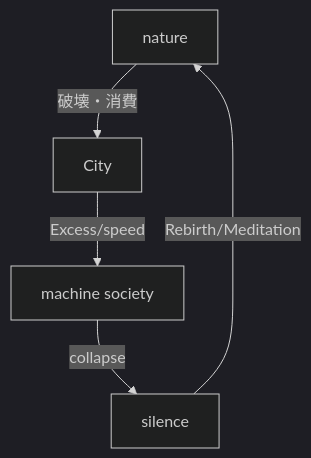
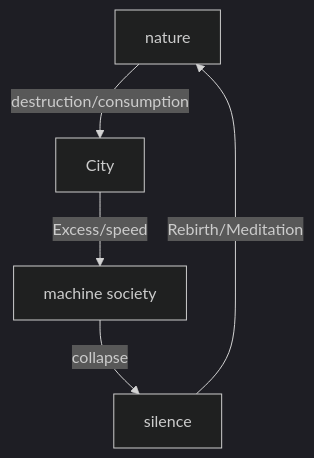
The second of 2 diagrams in en/_posts/2025-11-13-column-koyaanisqatsi.md (monumental-movement/monumental-movement.github.io), drawn with Mermaid (dark theme) before and after one commit. The commit also changed other lines of this file and 851 other files, not shown here.

```diff
--- a/en/_posts/2025-11-13-column-koyaanisqatsi.md
+++ b/en/_posts/2025-11-13-column-koyaanisqatsi.md
@@ -148,9 +148,9 @@
 <div class="mermaid">
 
 graph TD
-A[nature] -->|破壊・消費| B[City]
+A[nature] -->|destruction/consumption| B[City]
 B -->|Excess/speed| C[machine society]
 C -->|collapse| D[silence]
 D -->|Rebirth/Meditation| A
 
 </div>
```
